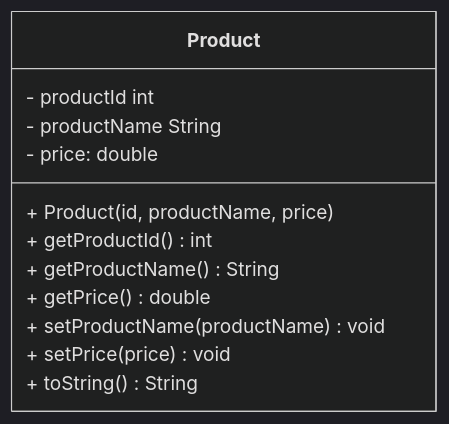
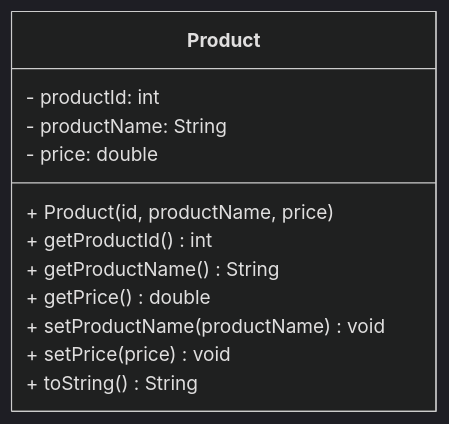
The fourth of 4 diagrams in README.md (KristyH89/Excersises7-OOP1), drawn with Mermaid (dark theme) before and after one commit. The commit also changed other lines of this file, not shown here.

````diff
--- a/README.md
+++ b/README.md
@@ -61,15 +61,15 @@
 ```mermaid
 classDiagram
 class Product {
- - productId int
- - productName String   
+ - productId: int
+ - productName: String   
  - price: double         
  + Product( id, productName, price)  
  + getProductId() int               
  + getProductName() String          
  + getPrice() double                
  + setProductName(productName) void 
  + setPrice(price) void             
  + toString() String
 }
 ```
````
